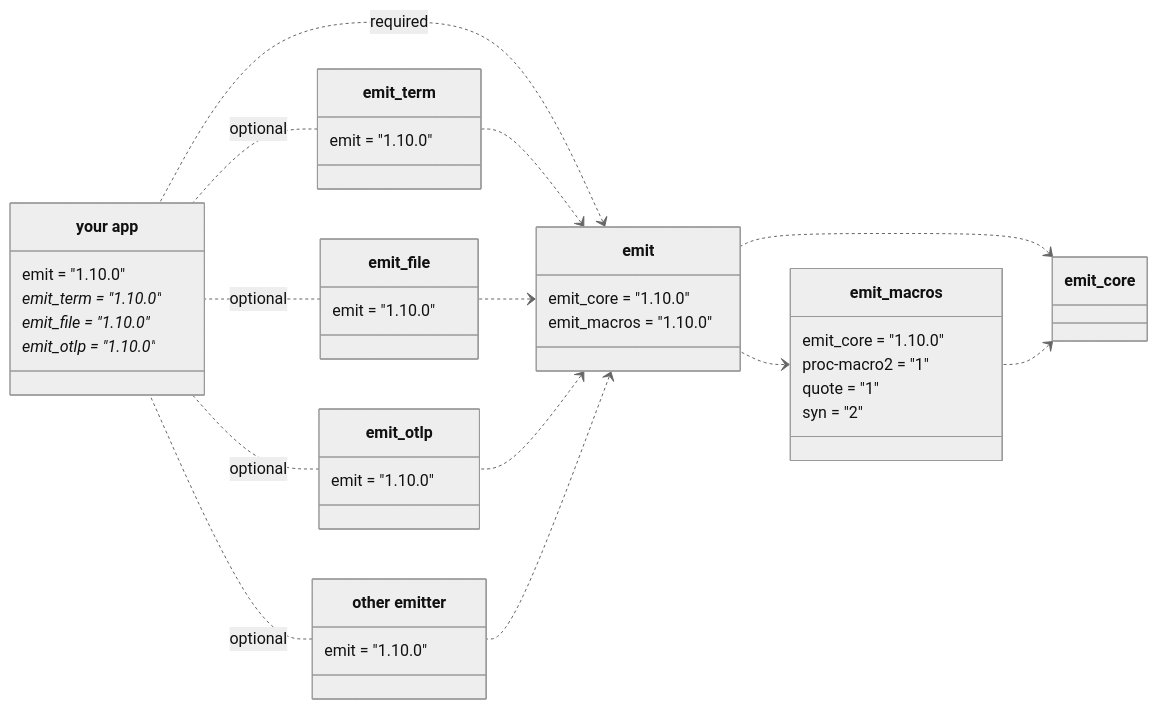
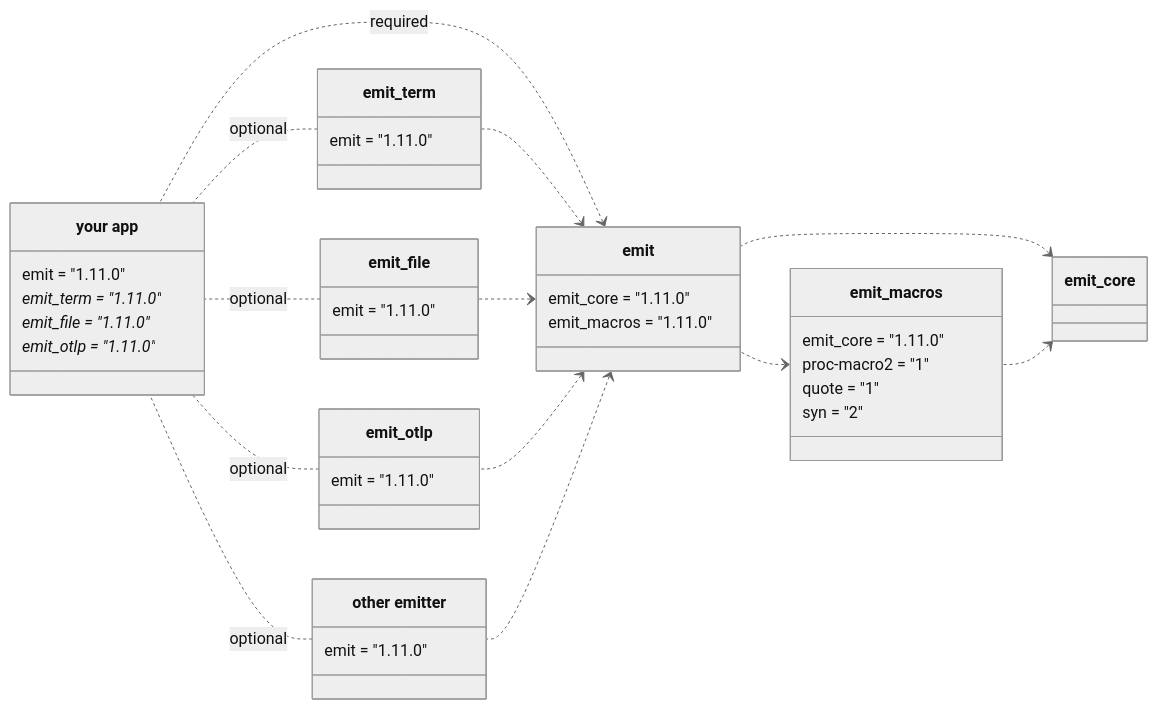
Before and after one commit to emit-rs/emit: the first of 5 diagrams in book/src/reference/architecture.md, drawn with Mermaid (neutral theme). The commit also changed other lines of this file and 62 other files, not shown here.

````diff
--- a/book/src/reference/architecture.md
+++ b/book/src/reference/architecture.md
@@ -9,62 +9,62 @@
 ```mermaid
 classDiagram
     direction RL
     
     emit_core <.. emit_macros
     emit_core <.. emit
     emit_macros <.. emit
 
     class emit_macros {
-        emit_core = "1.10.0"
+        emit_core = "1.11.0"
         proc-macro2 = "1"
         quote = "1"
         syn = "2"
     }
 
     emit <.. emit_term
     emit <.. emit_file
     emit <.. emit_otlp
     emit <.. emit_custom
 
     emit <.. app : required
 
     class emit {
-        emit_core = "1.10.0"
-        emit_macros = "1.10.0"
+        emit_core = "1.11.0"
+        emit_macros = "1.11.0"
     }
 
     emit_term .. app : optional
     emit_file .. app : optional
     emit_otlp .. app : optional
     emit_custom .. app : optional
 
     class emit_term {
-        emit = "1.10.0"
+        emit = "1.11.0"
     }
 
     class emit_file {
-        emit = "1.10.0"
+        emit = "1.11.0"
     }
 
     class emit_otlp {
-        emit = "1.10.0"
+        emit = "1.11.0"
     }
 
     class emit_custom["other emitter"] {
-        emit = "1.10.0"
+        emit = "1.11.0"
     }
 
     class app["your app"] {
-        emit = "1.10.0"
-        emit_term = "1.10.0"*
-        emit_file = "1.10.0"*
-        emit_otlp = "1.10.0"*
+        emit = "1.11.0"
+        emit_term = "1.11.0"*
+        emit_file = "1.11.0"*
+        emit_otlp = "1.11.0"*
     }
 
-    click emit_core href "https://docs.rs/emit_core/1.10.0/emit_core/index.html"
-    click emit_macros href "https://docs.rs/emit_macros/1.10.0/emit_macros/index.html"
-    click emit href "https://docs.rs/emit/1.10.0/emit/index.html"
-    click emit_term href "https://docs.rs/emit_term/1.10.0/emit_term/index.html"
-    click emit_file href "https://docs.rs/emit_file/1.10.0/emit_file/index.html"
-    click emit_otlp href "https://docs.rs/emit_otlp/1.10.0/emit_otlp/index.html"
+    click emit_core href "https://docs.rs/emit_core/1.11.0/emit_core/index.html"
+    click emit_macros href "https://docs.rs/emit_macros/1.11.0/emit_macros/index.html"
+    click emit href "https://docs.rs/emit/1.11.0/emit/index.html"
+    click emit_term href "https://docs.rs/emit_term/1.11.0/emit_term/index.html"
+    click emit_file href "https://docs.rs/emit_file/1.11.0/emit_file/index.html"
+    click emit_otlp href "https://docs.rs/emit_otlp/1.11.0/emit_otlp/index.html"
 ```
````
